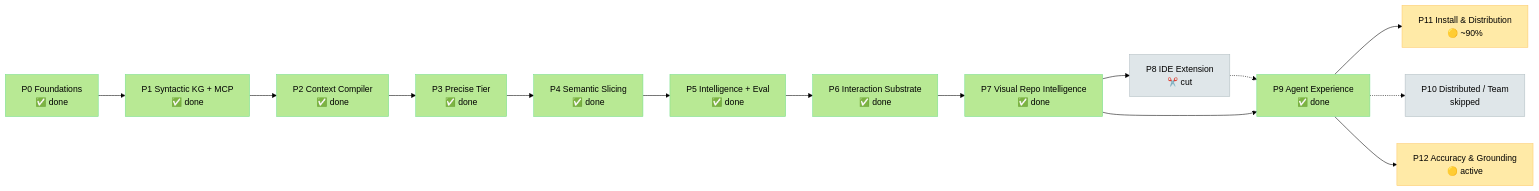
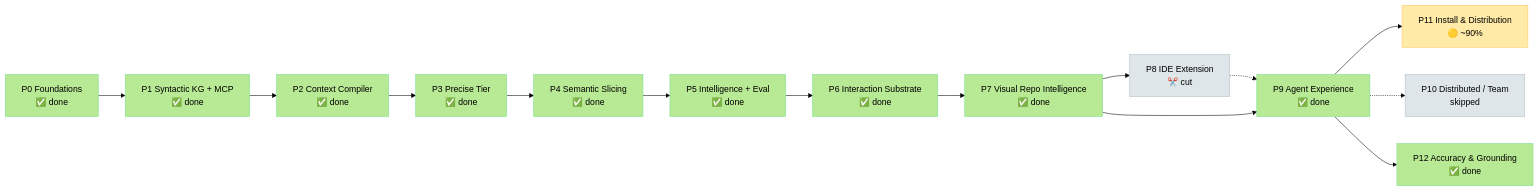
The first of 4 diagrams in docs/planning/TASKS-AND-PROGRESS.md (Md-Jazbee/prism), drawn with Mermaid (forest theme) before and after one commit. The commit also changed other lines of this file and 83 other files, not shown here.

First line of the commit message:
Close Phase 12 gate with live ACC adjudication vs Graphify.

````diff
--- a/docs/planning/TASKS-AND-PROGRESS.md
+++ b/docs/planning/TASKS-AND-PROGRESS.md
@@ -39,30 +39,30 @@
 ```mermaid
 flowchart LR
     P0[P0 Foundations<br/>✅ done] --> P1[P1 Syntactic KG + MCP<br/>✅ done]
     P1 --> P2[P2 Context Compiler<br/>✅ done]
     P2 --> P3[P3 Precise Tier<br/>✅ done]
     P3 --> P4[P4 Semantic Slicing<br/>✅ done]
     P4 --> P5[P5 Intelligence + Eval<br/>✅ done]
     P5 --> P6[P6 Interaction Substrate<br/>✅ done]
     P6 --> P7[P7 Visual Repo Intelligence<br/>✅ done]
     P7 --> P8[P8 IDE Extension<br/>✂️ cut]
     P8 -.-> P9[P9 Agent Experience<br/>✅ done]
     P7 --> P9
     P9 --> P11[P11 Install & Distribution<br/>🟡 ~90%]
     P9 -.-> P10[P10 Distributed / Team<br/>skipped]
-    P9 --> P12[P12 Accuracy & Grounding<br/>🟡 active]
+    P9 --> P12[P12 Accuracy & Grounding<br/>✅ done]
 
     style P0 fill:#b8e994,stroke:#78e08f,color:#000
     style P1 fill:#b8e994,stroke:#78e08f,color:#000
     style P2 fill:#b8e994,stroke:#78e08f,color:#000
     style P3 fill:#b8e994,stroke:#78e08f,color:#000
     style P4 fill:#b8e994,stroke:#78e08f,color:#000
     style P5 fill:#b8e994,stroke:#78e08f,color:#000
     style P6 fill:#b8e994,stroke:#78e08f,color:#000
     style P7 fill:#b8e994,stroke:#78e08f,color:#000
     style P8 fill:#dfe6e9,stroke:#b2bec3,color:#000
     style P9 fill:#b8e994,stroke:#78e08f,color:#000
     style P10 fill:#dfe6e9,stroke:#b2bec3,color:#000
     style P11 fill:#ffeaa7,stroke:#fdcb6e,color:#000
-    style P12 fill:#ffeaa7,stroke:#fdcb6e,color:#000
+    style P12 fill:#b8e994,stroke:#78e08f,color:#000
 ```
````
